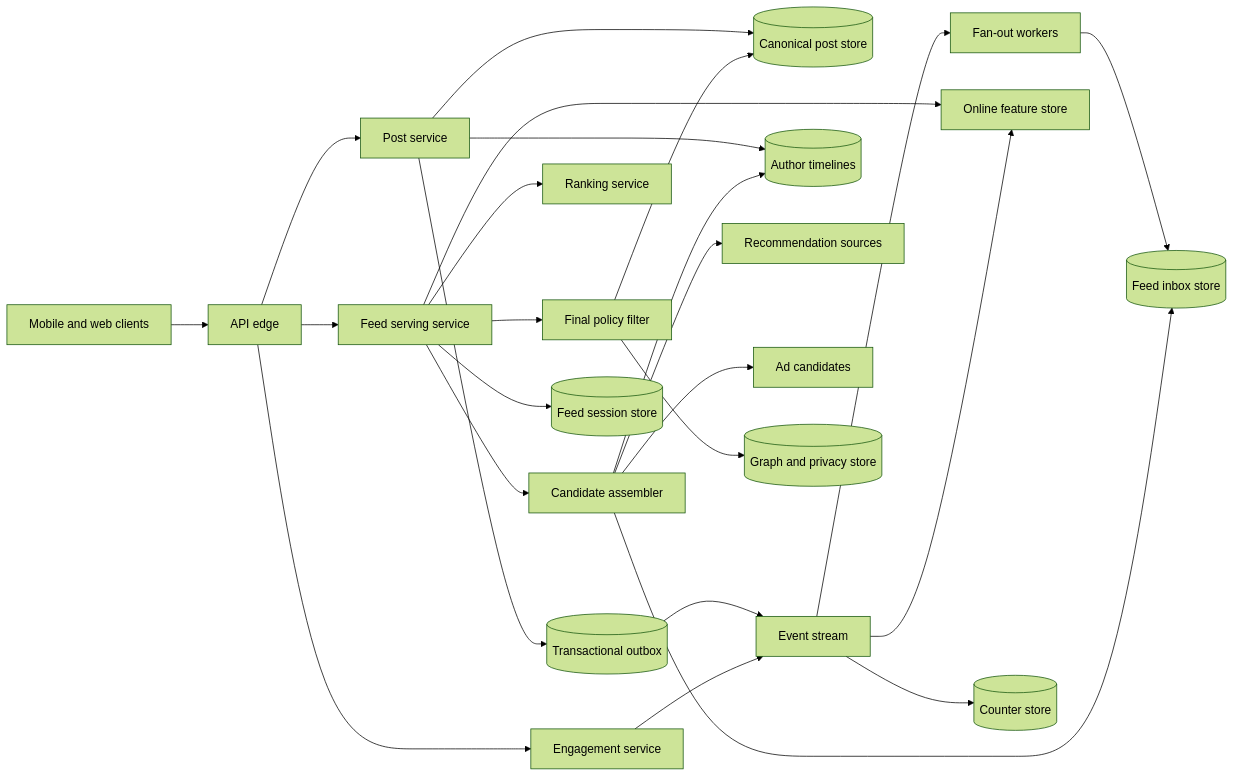
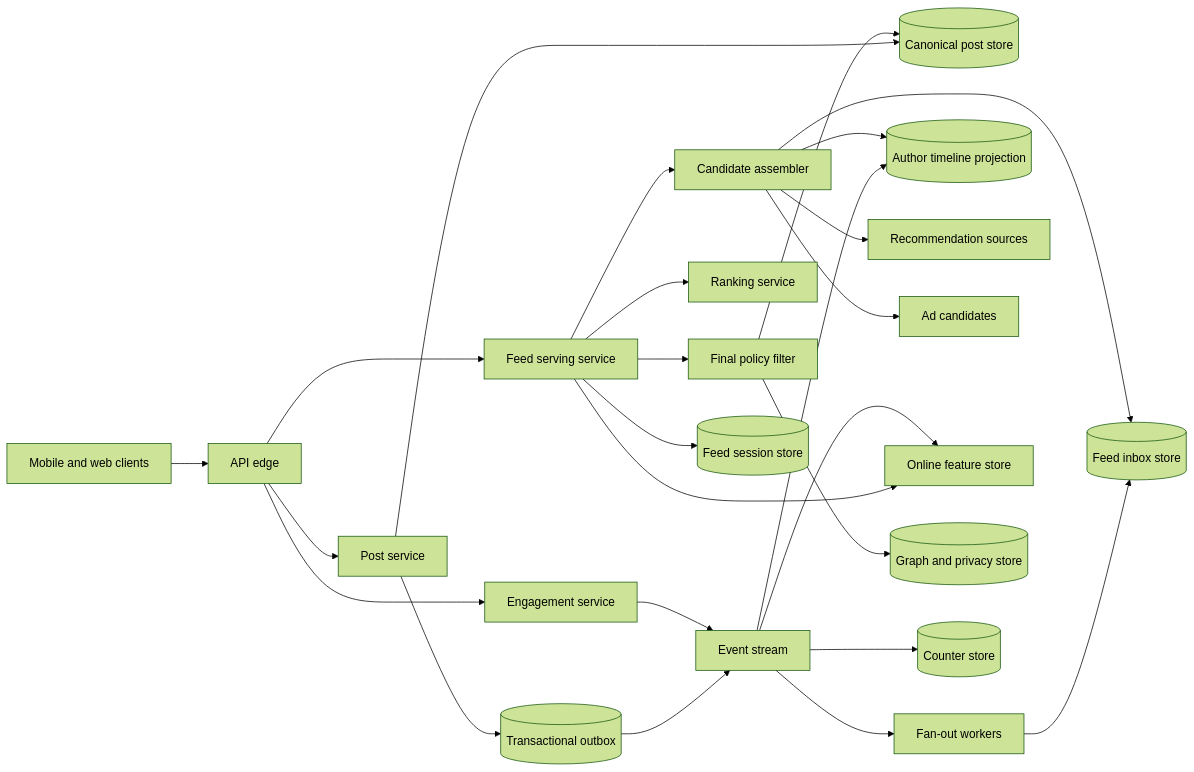
One commit to Pranshu258/system-design changed the second of 5 diagrams in news-feed-system-design.md. Above: the diagram before and after it, drawn with Mermaid (forest theme). The commit also changed other lines of this file and 23 other files, not shown here.

````diff
--- a/news-feed-system-design.md
+++ b/news-feed-system-design.md
@@ -191,27 +191,27 @@
 ```mermaid
 flowchart LR
     Client["Mobile and web clients"] --> Edge["API edge"]
     Edge --> PostSvc["Post service"]
     Edge --> FeedSvc["Feed serving service"]
     Edge --> EngageSvc["Engagement service"]
     PostSvc --> PostDB[("Canonical post store")]
     PostSvc --> Outbox[("Transactional outbox")]
     Outbox --> Stream["Event stream"]
     Stream --> Fanout["Fan-out workers"]
     Fanout --> Inbox[("Feed inbox store")]
-    PostSvc --> AuthorTL[("Author timelines")]
+    Stream --> AuthorTL[("Author timeline projection")]
     FeedSvc --> Cand["Candidate assembler"]
     Cand --> Inbox
     Cand --> AuthorTL
     Cand --> Rec["Recommendation sources"]
     Cand --> Ads["Ad candidates"]
     FeedSvc --> Feature["Online feature store"]
     FeedSvc --> Rank["Ranking service"]
     FeedSvc --> Policy["Final policy filter"]
     Policy --> Graph[("Graph and privacy store")]
     Policy --> PostDB
     EngageSvc --> Stream
     Stream --> Feature
     Stream --> Counters[("Counter store")]
     FeedSvc --> Session[("Feed session store")]
 ```
````
